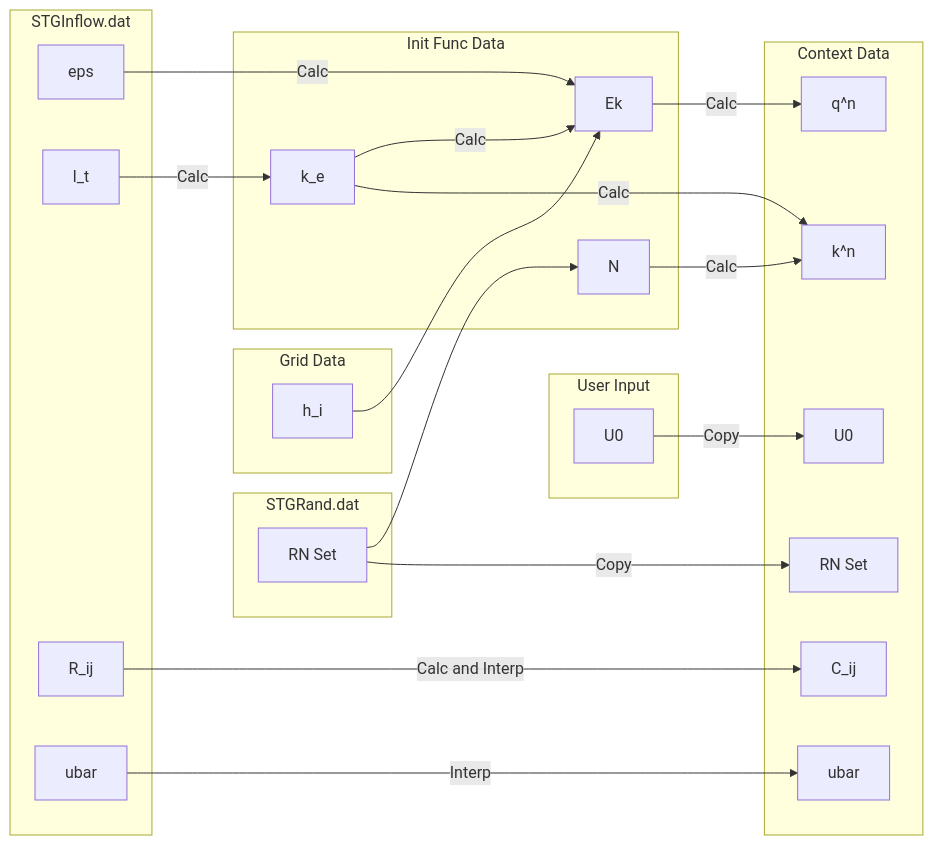
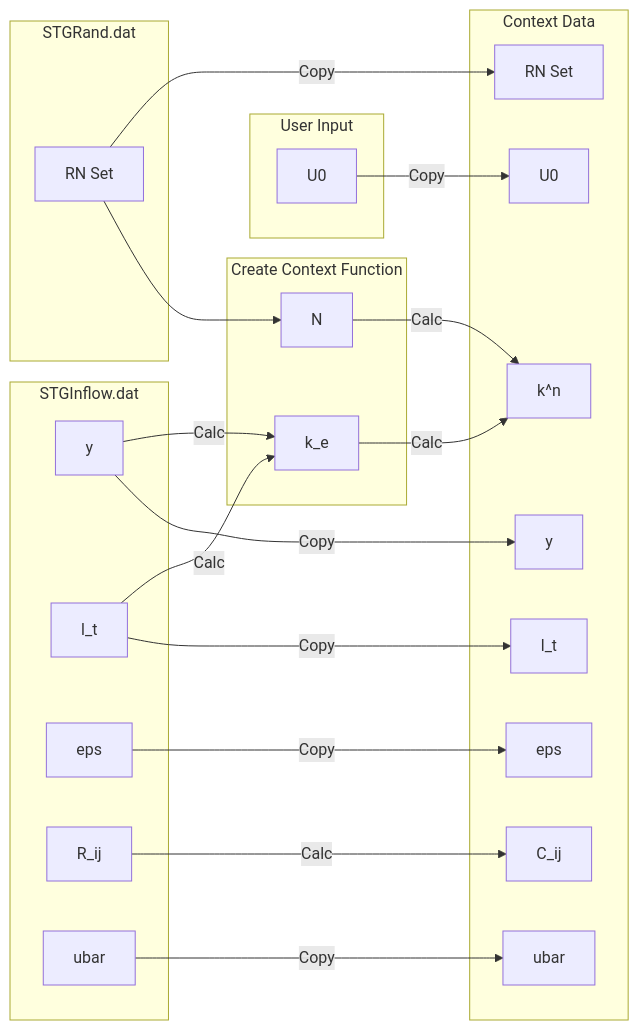
One commit to CEED/libCEED changed the diagram in examples/fluids/index.md. Above: the diagram before and after it, drawn with Mermaid. The commit also changed other lines of this file and 1 other file, not shown here.

````diff
--- a/examples/fluids/index.md
+++ b/examples/fluids/index.md
@@ -519,45 +526,44 @@
 ```{mermaid}
 flowchart LR
     subgraph STGInflow.dat
+    y
+    lt[l_t]
     eps
-    lt[l_t]
     Rij[R_ij]
     ubar
     end
 
     subgraph STGRand.dat
     rand[RN Set];
     end
 
     subgraph User Input
     u0[U0];
     end
 
-    subgraph Grid Data
-    gridsize[h_i]
-    end
-    gridsize --> Ek
-
-    subgraph init[Init Func Data]
-    Ek[Ek]
+    subgraph init[Create Context Function]
     ke[k_e]
     N;
     end
-    eps --Calc--> Ek;
-    ke --Calc-->Ek;
     lt --Calc-->ke --Calc-->kn
-    Ek --Calc--> qn
+    y --Calc-->ke
 
     subgraph context[Context Data]
-    qn[q^n]
+    yC[y]
     randC[RN Set]
     Cij[C_ij]
     u0 --Copy--> u0C[U0]
     kn[k^n];
     ubarC[ubar]
+    ltC[l_t]
+    epsC[eps]
     end
-    ubar --Interp--> ubarC;
+    ubar --Copy--> ubarC;
+    y --Copy--> yC;
+    lt --Copy--> ltC;
+    eps --Copy--> epsC;
+
+    rand --Copy--> randC;
     rand --> N --Calc--> kn;
-    rand --Copy--> randC;
-    Rij --Calc and Interp--> Cij[C_ij]
+    Rij --Calc--> Cij[C_ij]
 ```
````
